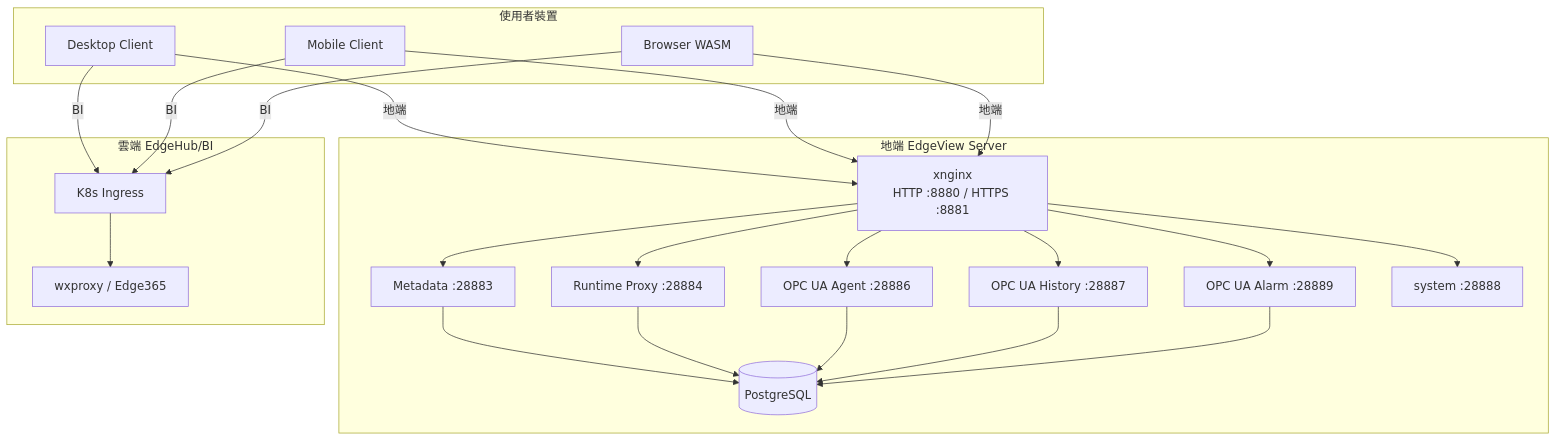
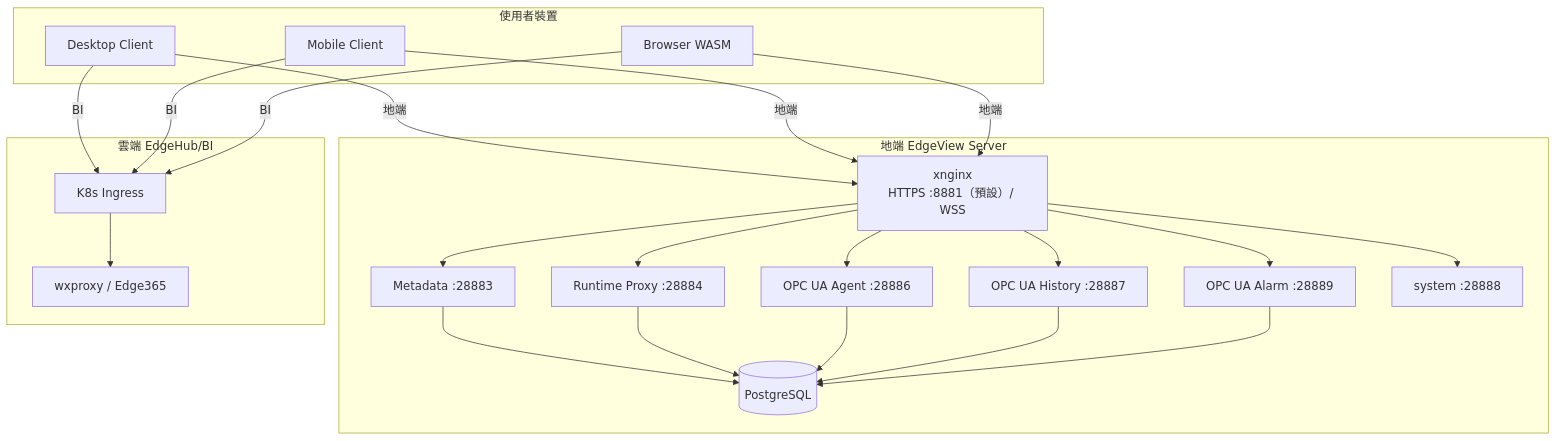
The fourth of 8 diagrams in SDS/02_System_Architecture.md (PochengChen-del/EdgeViewDoc), drawn with Mermaid before and after one commit. The commit also changed other lines of this file and 9 other files, not shown here.

````diff
--- a/SDS/02_System_Architecture.md
+++ b/SDS/02_System_Architecture.md
@@ -183,44 +184,44 @@
 ```mermaid
 flowchart TB
     subgraph Devices["使用者裝置"]
         C1[Desktop Client]
         C2[Mobile Client]
         C3[Browser WASM]
     end
 
     subgraph Local["地端 EdgeView Server"]
-        NG[xnginx<br/>HTTP :8880 / HTTPS :8881]
+        NG[xnginx<br/>HTTPS :8881（預設）/ WSS]
         META[Metadata :28883]
         PROXY[Runtime Proxy :28884]
         AGENT[OPC UA Agent :28886]
         HIST[OPC UA History :28887]
         ALARM[OPC UA Alarm :28889]
         SYS[system :28888]
         PG[(PostgreSQL)]
     end
 
     subgraph Cloud["雲端 EdgeHub/BI"]
         ING[K8s Ingress]
         EH[wxproxy / Edge365]
     end
 
     C1 -->|地端| NG
     C2 -->|地端| NG
     C3 -->|地端| NG
     C1 -->|BI| ING
     C2 -->|BI| ING
     C3 -->|BI| ING
     ING --> EH
 
     NG --> META
     NG --> PROXY
     NG --> AGENT
     NG --> HIST
     NG --> ALARM
     NG --> SYS
     META --> PG
     PROXY --> PG
     AGENT --> PG
     HIST --> PG
     ALARM --> PG
 ```
````
